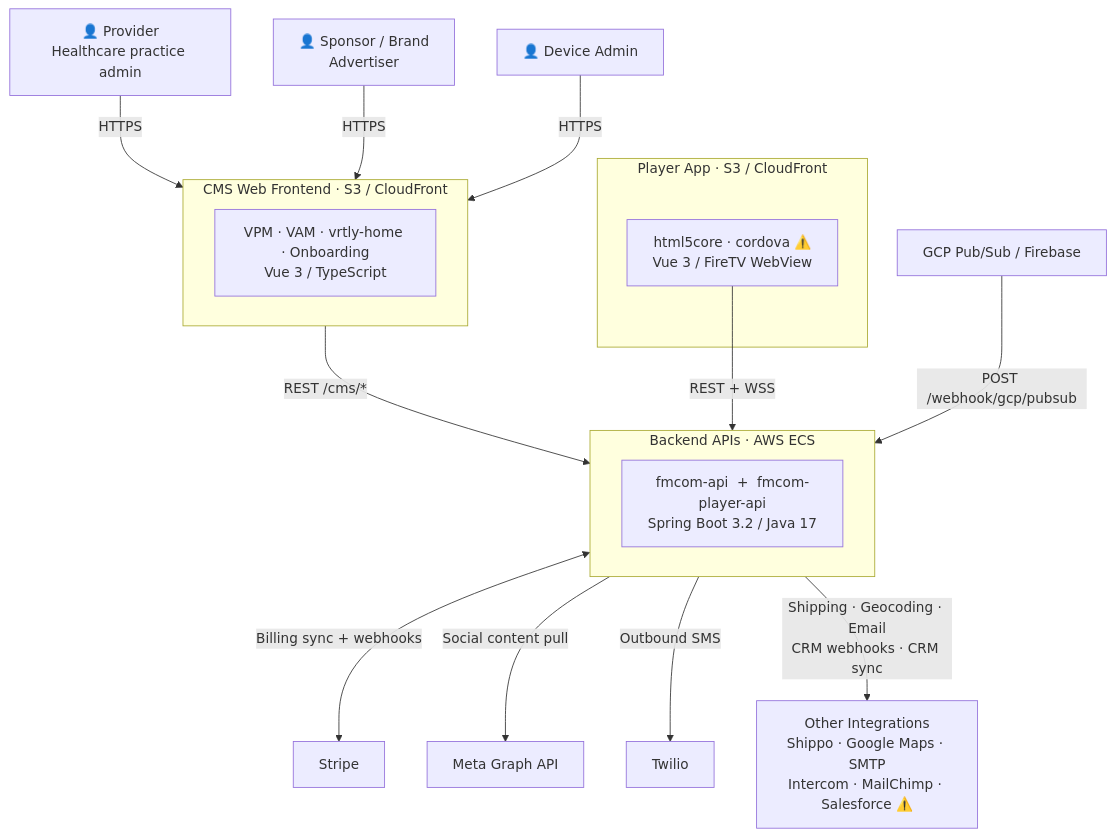
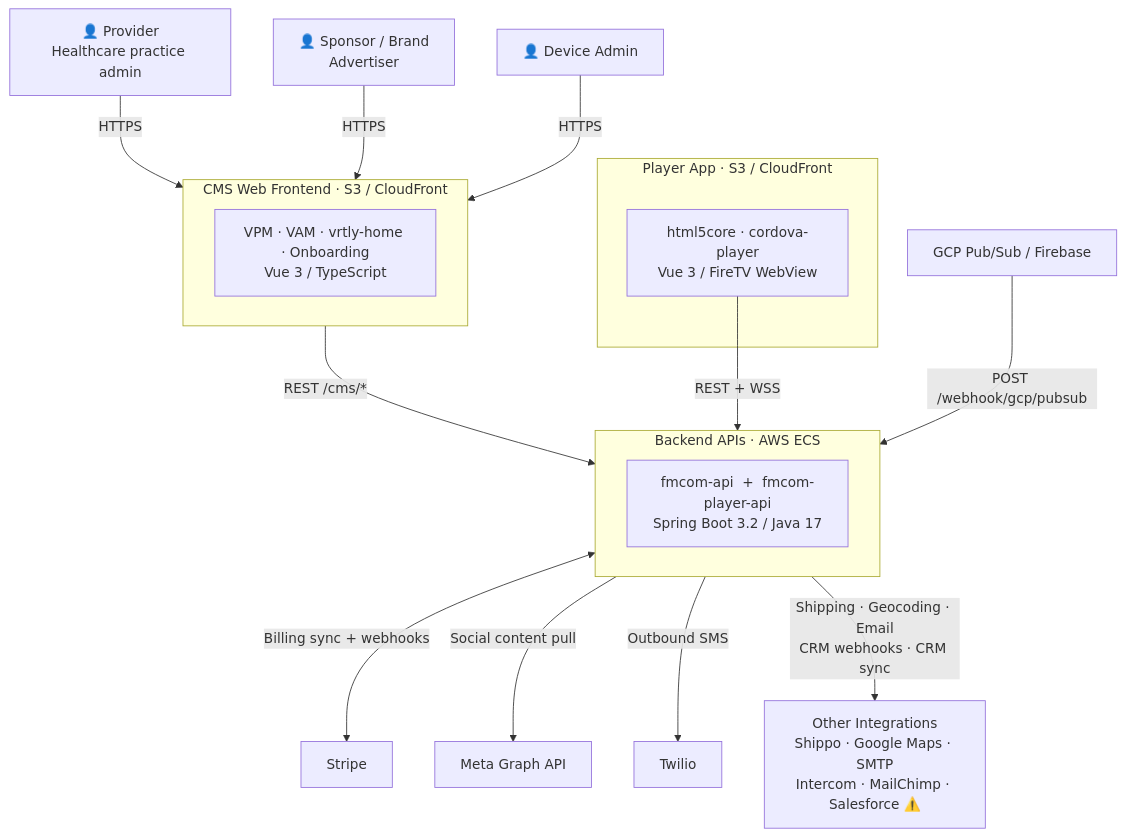
One commit to rafael-torre/vrtly-knowledge-base changed the first of 5 diagrams in layers/layer-3-architecture/intermediate/system-overview-diagram.md. Above: the diagram before and after it, drawn with Mermaid. The commit also changed other lines of this file and 3 other files, not shown here.

````diff
--- a/layers/layer-3-architecture/intermediate/system-overview-diagram.md
+++ b/layers/layer-3-architecture/intermediate/system-overview-diagram.md
@@ -16,31 +16,31 @@
 ```mermaid
 flowchart TD
     Provider["👤 Provider\nHealthcare practice admin"]
     Sponsor["👤 Sponsor / Brand\nAdvertiser"]
     DevAdmin["👤 Device Admin"]
 
     subgraph CMS["CMS Web Frontend · S3 / CloudFront"]
         CMSFE["VPM · VAM · vrtly-home · Onboarding\nVue 3 / TypeScript"]
     end
 
     subgraph Player["Player App · S3 / CloudFront"]
-        PlayerFE["html5core · cordova ⚠️\nVue 3 / FireTV WebView"]
+        PlayerFE["html5core · cordova-player\nVue 3 / FireTV WebView"]
     end
 
     subgraph Backend["Backend APIs · AWS ECS"]
         APIs["fmcom-api  +  fmcom-player-api\nSpring Boot 3.2 / Java 17"]
     end
 
     Provider -->|"HTTPS"| CMS
     Sponsor -->|"HTTPS"| CMS
     DevAdmin -->|"HTTPS"| CMS
 
     CMS -->|"REST /cms/*"| Backend
     PlayerFE -->|"REST + WSS"| Backend
 
     Backend <-->|"Billing sync + webhooks"| Stripe["Stripe"]
     Backend -->|"Social content pull"| Meta["Meta Graph API"]
     GCP["GCP Pub/Sub / Firebase"] -->|"POST /webhook/gcp/pubsub"| Backend
     Backend -->|"Outbound SMS"| Twilio["Twilio"]
     Backend -->|"Shipping · Geocoding · Email\nCRM webhooks · CRM sync"| OtherExt["Other Integrations\nShippo · Google Maps · SMTP\nIntercom · MailChimp · Salesforce ⚠️"]
 ```
````
